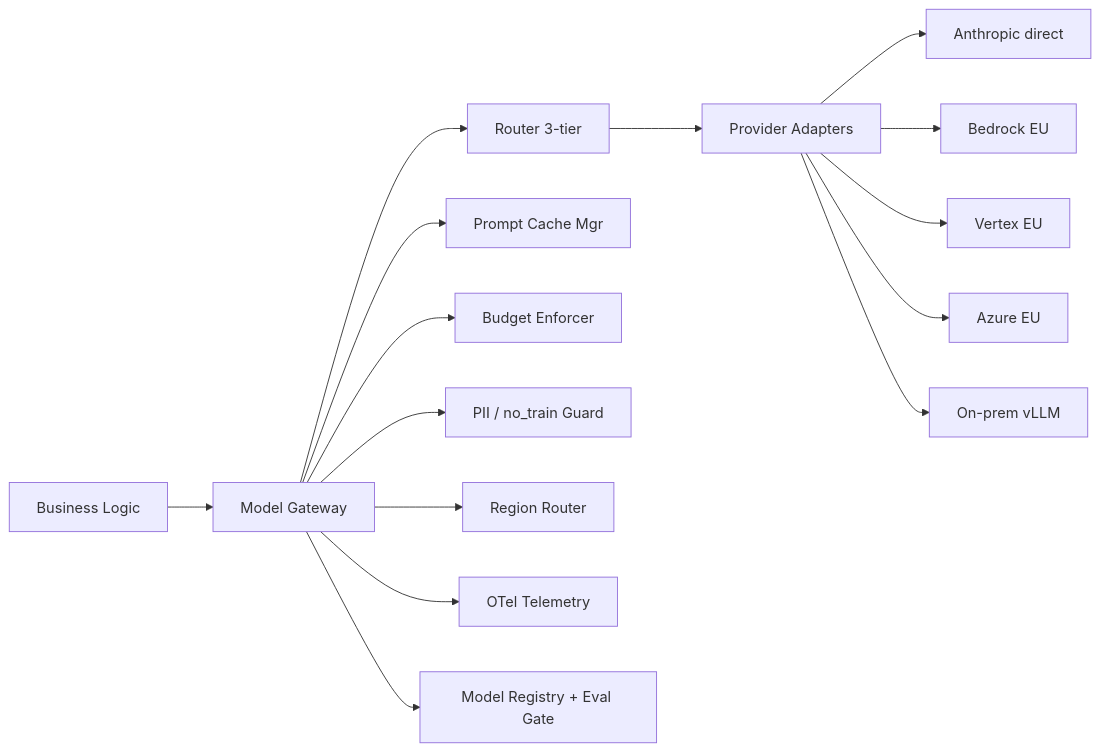
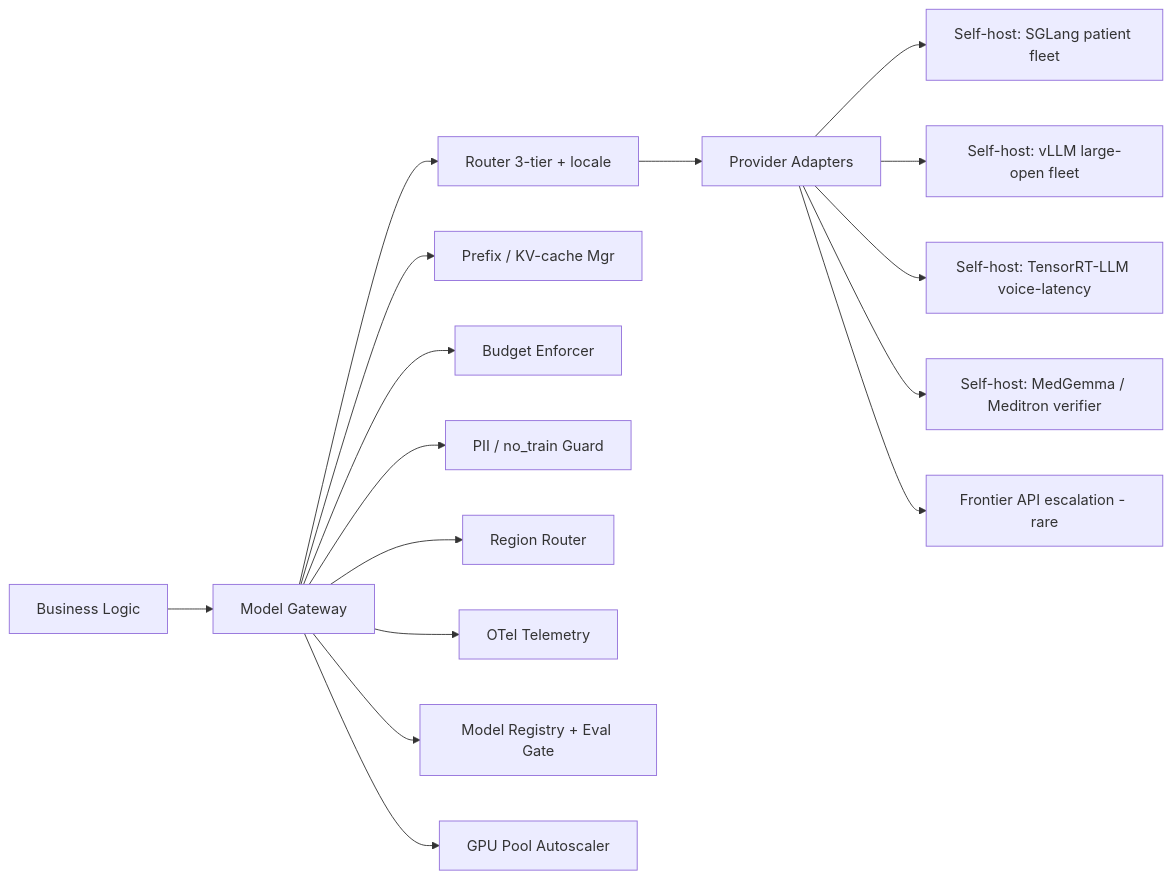
One commit to ArioMoniri/acudx-simulation changed the first of 3 diagrams in docs/architecture/02-model-gateway-and-routing.md. Above: the diagram before and after it, drawn with Mermaid. The commit also changed other lines of this file and 13 other files, not shown here.

````diff
--- a/docs/architecture/02-model-gateway-and-routing.md
+++ b/docs/architecture/02-model-gateway-and-routing.md
@@ -24,17 +26,18 @@
 ```mermaid
 flowchart LR
   BL[Business Logic] --> GW[Model Gateway]
-  GW --> RT[Router 3-tier]
-  GW --> PC[Prompt Cache Mgr]
+  GW --> RT[Router 3-tier + locale]
+  GW --> PC[Prefix / KV-cache Mgr]
   GW --> BE[Budget Enforcer]
   GW --> PII[PII / no_train Guard]
   GW --> RR[Region Router]
   RT --> PA[Provider Adapters]
-  PA --> AN[Anthropic direct]
-  PA --> BR[Bedrock EU]
-  PA --> VX[Vertex EU]
-  PA --> AZ[Azure EU]
-  PA --> OP[On-prem vLLM]
+  PA --> SGL[Self-host: SGLang patient fleet]
+  PA --> VLL[Self-host: vLLM large-open fleet]
+  PA --> TRT[Self-host: TensorRT-LLM voice-latency]
+  PA --> MED[Self-host: MedGemma / Meditron verifier]
+  PA --> FRN[Frontier API escalation - rare]
   GW --> TEL[OTel Telemetry]
   GW --> MR[Model Registry + Eval Gate]
+  GW --> GPU[GPU Pool Autoscaler]
 ```
````
